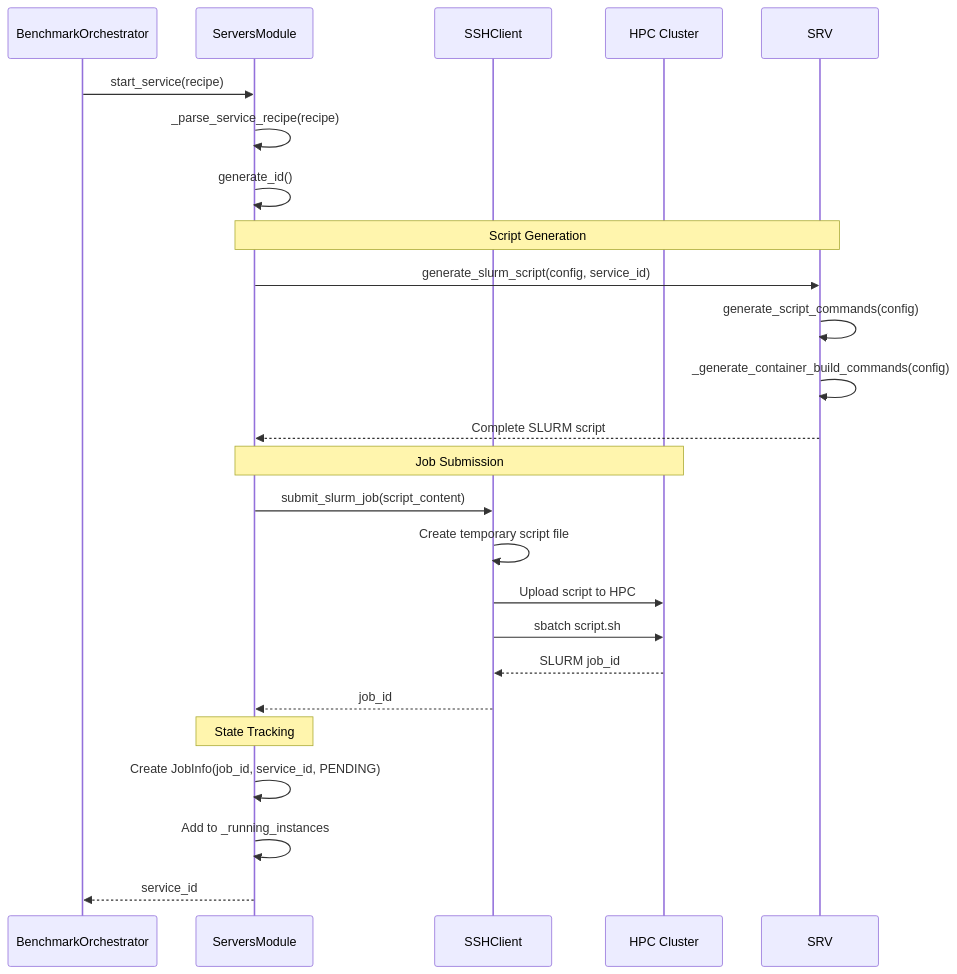
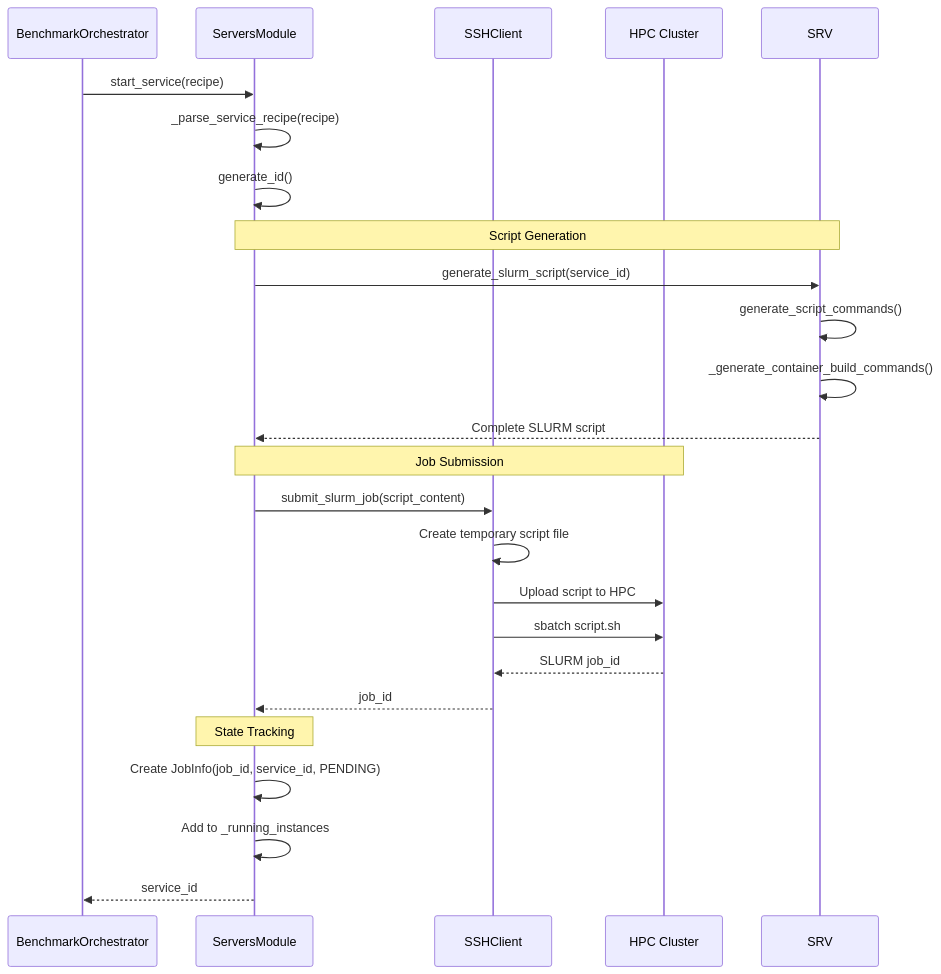
Before and after one commit to ChrisKarg/team10_EUMASTER4HPC2526_challenge: the sixth of 8 diagrams in docs/ARCHITECTURE_DOCUMENTATION.md, drawn with Mermaid. The commit also changed other lines of this file and 7 other files, not shown here.

Commit message:
Finalized change of architecture design for script generation

````diff
--- a/docs/ARCHITECTURE_DOCUMENTATION.md
+++ b/docs/ARCHITECTURE_DOCUMENTATION.md
@@ -373,30 +386,30 @@
 ```mermaid
 sequenceDiagram
     participant BO as BenchmarkOrchestrator
     participant SM as ServersModule
     participant SSH as SSHClient
     participant HPC as HPC Cluster
     
     BO->>SM: start_service(recipe)
     SM->>SM: _parse_service_recipe(recipe)
     SM->>SM: generate_id()
     
     Note over SM,SRV: Script Generation
-    SM->>SRV: generate_slurm_script(config, service_id)
-    SRV->>SRV: generate_script_commands(config)
-    SRV->>SRV: _generate_container_build_commands(config)
+    SM->>SRV: generate_slurm_script(service_id)
+    SRV->>SRV: generate_script_commands()
+    SRV->>SRV: _generate_container_build_commands()
     SRV-->>SM: Complete SLURM script
     
     Note over SM,HPC: Job Submission
     SM->>SSH: submit_slurm_job(script_content)
     SSH->>SSH: Create temporary script file
     SSH->>HPC: Upload script to HPC
     SSH->>HPC: sbatch script.sh
     HPC-->>SSH: SLURM job_id
     SSH-->>SM: job_id
     
     Note over SM: State Tracking
     SM->>SM: Create JobInfo(job_id, service_id, PENDING)
     SM->>SM: Add to _running_instances
     SM-->>BO: service_id
 ```
````
